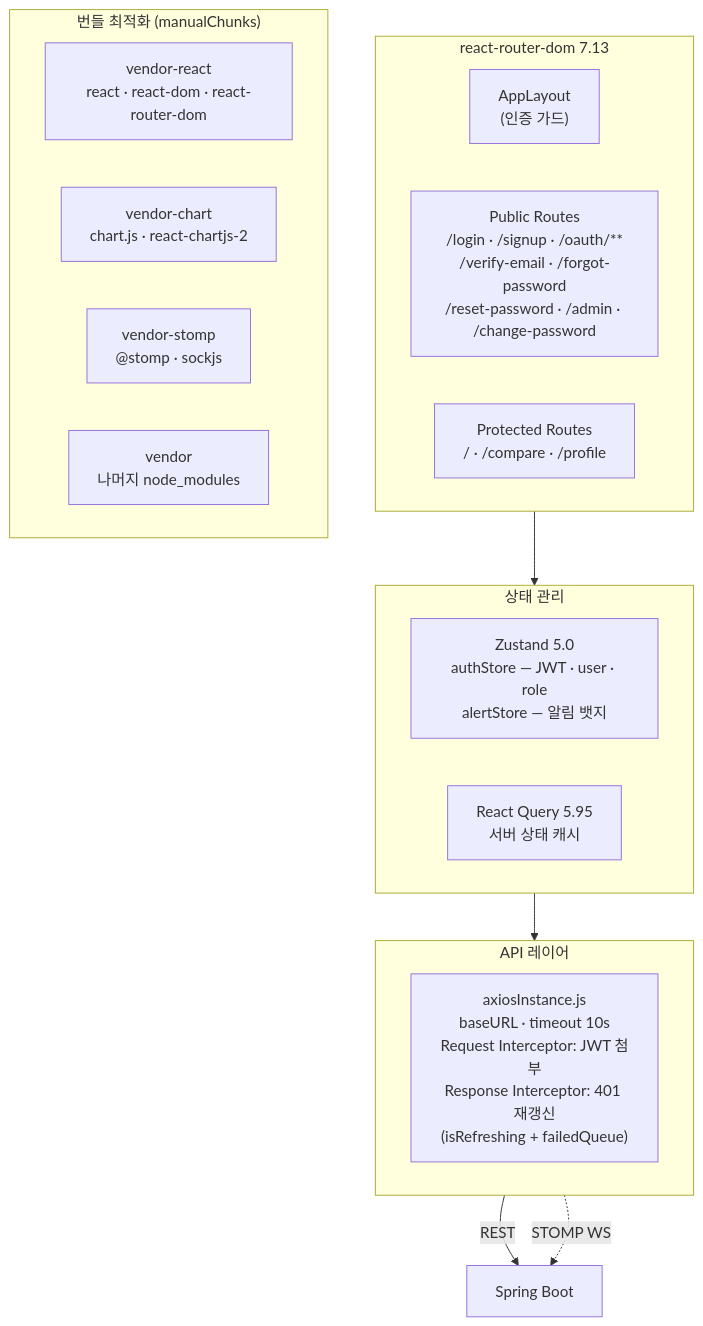
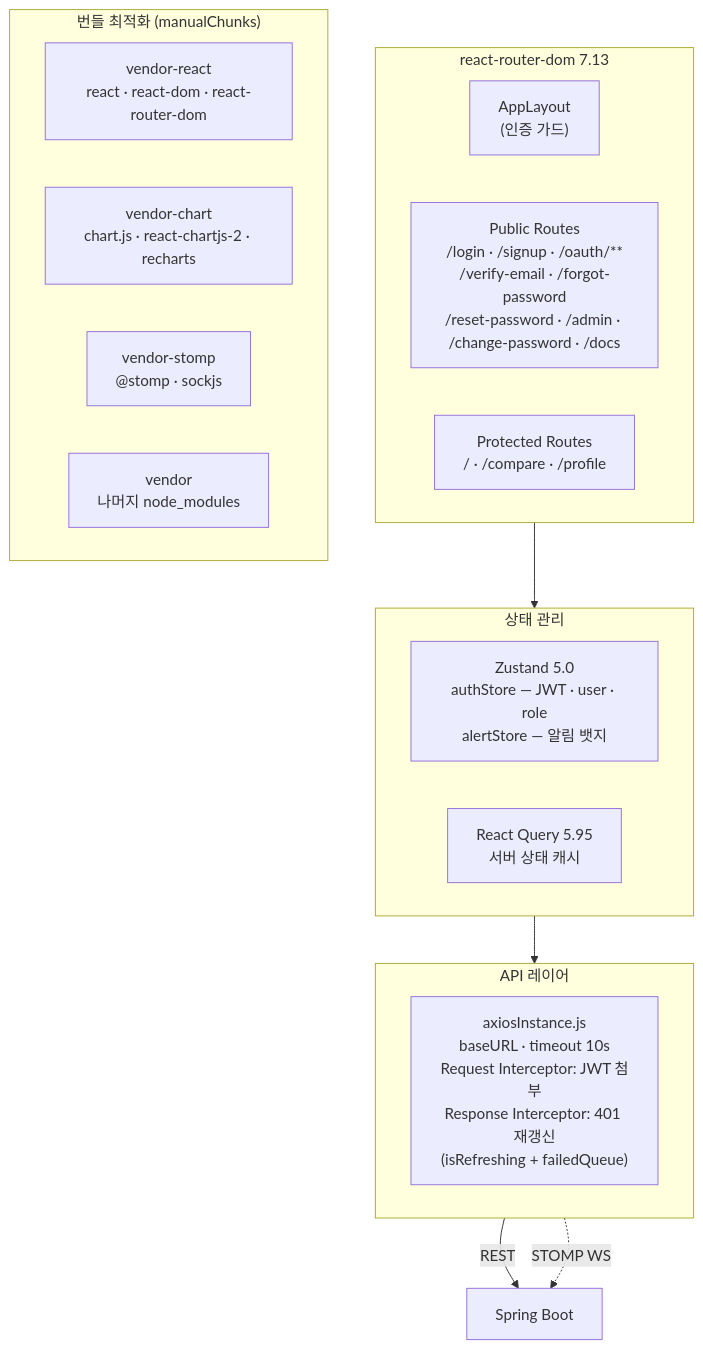
The seventh of 7 diagrams in docs/architecture.md (Youkjooyoung/stock-dashboard-frontend), drawn with Mermaid before and after one commit. The commit also changed 23 other files, not shown here.

````diff
--- a/docs/architecture.md
+++ b/docs/architecture.md
@@ -255,29 +255,29 @@
 ```mermaid
 graph TB
     subgraph Router["react-router-dom 7.13"]
         AppLayout["AppLayout\n(인증 가드)"]
-        Public["Public Routes\n/login · /signup · /oauth/**\n/verify-email · /forgot-password\n/reset-password · /admin · /change-password"]
+        Public["Public Routes\n/login · /signup · /oauth/**\n/verify-email · /forgot-password\n/reset-password · /admin · /change-password · /docs"]
         Protected["Protected Routes\n/ · /compare · /profile"]
     end
 
     subgraph State["상태 관리"]
         Zustand["Zustand 5.0\nauthStore — JWT · user · role\nalertStore — 알림 뱃지"]
         ReactQuery["React Query 5.95\n서버 상태 캐시"]
     end
 
     subgraph API["API 레이어"]
         Axios["axiosInstance.js\nbaseURL · timeout 10s\nRequest Interceptor: JWT 첨부\nResponse Interceptor: 401 재갱신\n(isRefreshing + failedQueue)"]
     end
 
     subgraph Bundle["번들 최적화 (manualChunks)"]
         VendorReact["vendor-react\nreact · react-dom · react-router-dom"]
-        VendorChart["vendor-chart\nchart.js · react-chartjs-2"]
+        VendorChart["vendor-chart\nchart.js · react-chartjs-2 · recharts"]
         VendorStomp["vendor-stomp\n@stomp · sockjs"]
         Vendor["vendor\n나머지 node_modules"]
     end
 
     Router --> State
     State --> API
     API -->|REST| Spring["Spring Boot"]
     API -.->|STOMP WS| Spring
 ```
````
